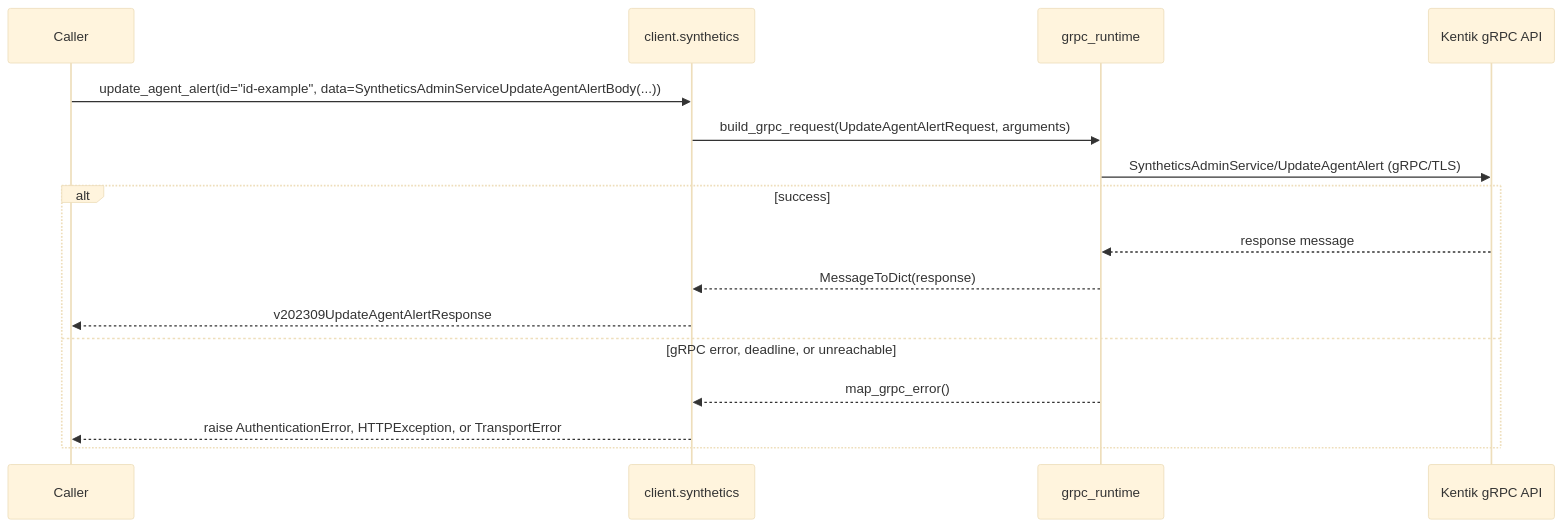
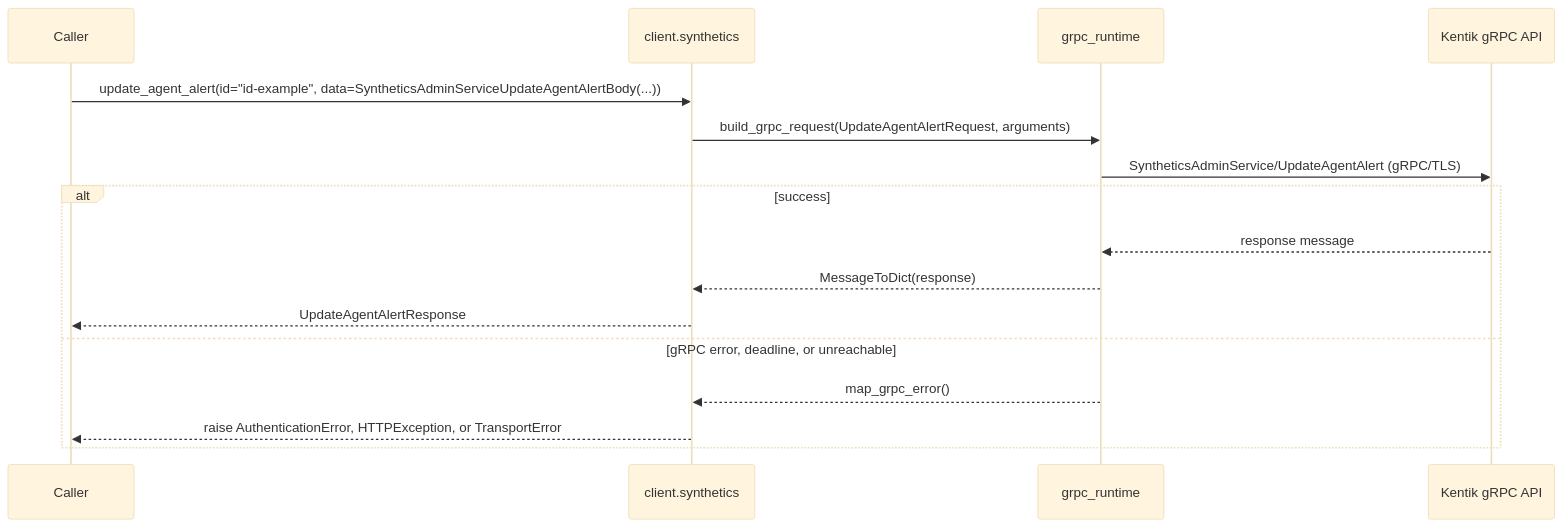
One commit to alexdearaujo/community_sdk_python changed the ninth of 38 diagrams in docs/sphinx/services/synthetics.md. Above: the diagram before and after it, drawn with Mermaid (base theme). The commit also changed other lines of this file and 38 other files, not shown here.

````diff
--- a/docs/sphinx/services/synthetics.md
+++ b/docs/sphinx/services/synthetics.md
@@ -287,19 +287,19 @@
 ```mermaid
 sequenceDiagram
     participant C as Caller
     participant W as client.synthetics
     participant R as grpc_runtime
     participant API as Kentik gRPC API
 
     C->>W: update_agent_alert(id="id-example", data=SyntheticsAdminServiceUpdateAgentAlertBody(...))
     W->>R: build_grpc_request(UpdateAgentAlertRequest, arguments)
     R->>API: SyntheticsAdminService/UpdateAgentAlert (gRPC/TLS)
     alt success
         API-->>R: response message
         R-->>W: MessageToDict(response)
-        W-->>C: v202309UpdateAgentAlertResponse
+        W-->>C: UpdateAgentAlertResponse
     else gRPC error, deadline, or unreachable
         R-->>W: map_grpc_error()
         W-->>C: raise AuthenticationError, HTTPException, or TransportError
     end
 ```
````
